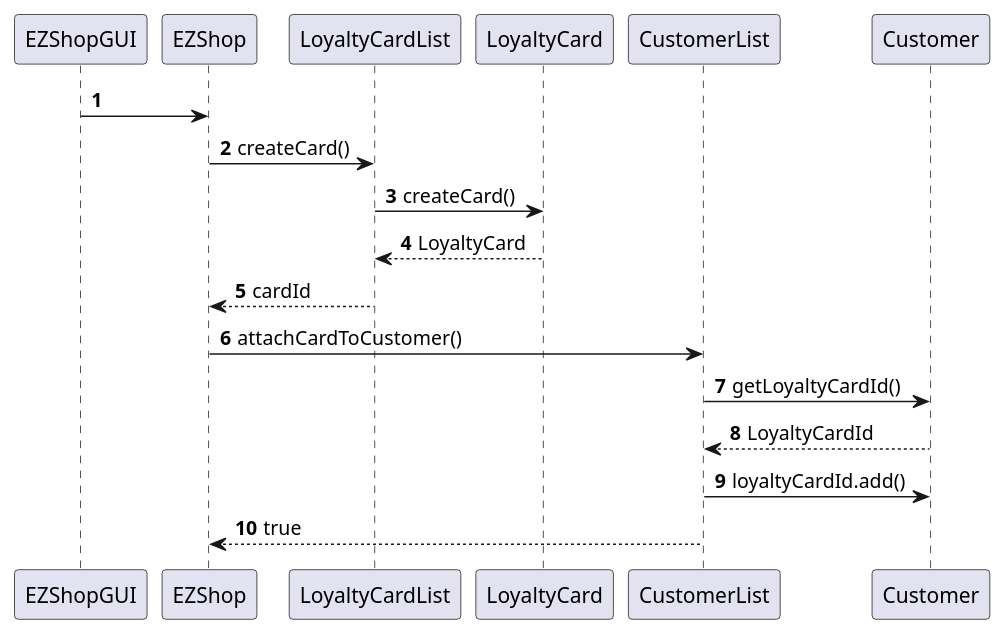
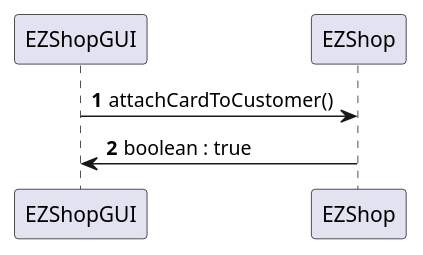
One commit to mkexc/ezshop changed diagram 11 of 22 in Deliverables/DesignDocument.md. Above: the diagram before and after it, drawn with PlantUML. The commit also changed other lines of this file and 3 other files, not shown here.

````diff
--- a/Deliverables/DesignDocument.md
+++ b/Deliverables/DesignDocument.md
@@ -365,15 +345,7 @@
 ```plantuml
 @startuml
 autonumber
-EZShopGUI -> EZShop
-EZShop -> LoyaltyCardList : createCard()
-LoyaltyCardList -> LoyaltyCard: createCard()
-LoyaltyCardList <-- LoyaltyCard: LoyaltyCard
-EZShop <-- LoyaltyCardList : cardId
-EZShop -> CustomerList : attachCardToCustomer()
-CustomerList -> Customer : getLoyaltyCardId()
-CustomerList <-- Customer : LoyaltyCardId
-CustomerList -> Customer : loyaltyCardId.add()
-EZShop <-- CustomerList : true
+EZShopGUI -> EZShop : attachCardToCustomer()
+EZShop -> EZShopGUI : boolean : true
 @enduml
 ```
````
